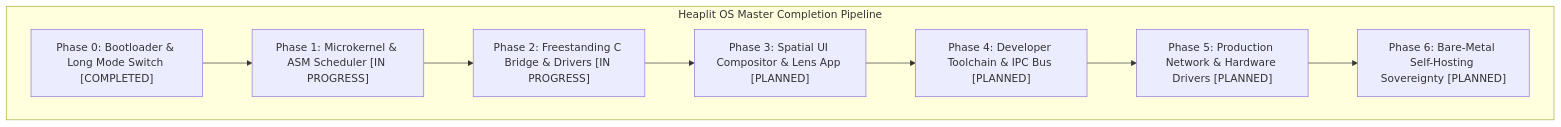
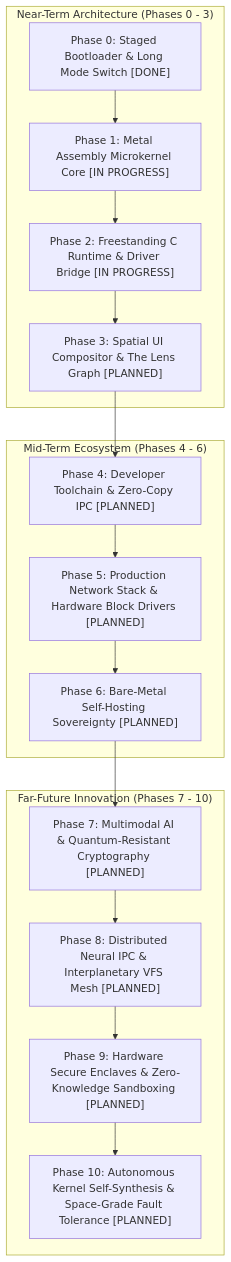
The first of 2 diagrams in obsidian_vault/08 - Master Todo & Execution Checklists/01 - Master Project Completion Roadmap & Meta Checklist.md (Heaplyn/Heaplit-OS), drawn with Mermaid before and after one commit. The commit also changed other lines of this file and 48 other files, not shown here.

Commit message:
docs: expand master todo checklists into multi-page far-future roadmaps (Phases 0 - 10)

````diff
--- a/obsidian_vault/08 - Master Todo & Execution Checklists/01 - Master Project Completion Roadmap & Meta Checklist.md
+++ b/obsidian_vault/08 - Master Todo & Execution Checklists/01 - Master Project Completion Roadmap & Meta Checklist.md
@@ -7,14 +7,24 @@
 ```mermaid
 flowchart TD
-    subgraph Execution_Milestones["Heaplit OS Master Completion Pipeline"]
-        M1["Phase 0: Bootloader & Long Mode Switch [COMPLETED]"]
-        M2["Phase 1: Microkernel & ASM Scheduler [IN PROGRESS]"]
-        M3["Phase 2: Freestanding C Bridge & Drivers [IN PROGRESS]"]
-        M4["Phase 3: Spatial UI Compositor & Lens App [PLANNED]"]
-        M5["Phase 4: Developer Toolchain & IPC Bus [PLANNED]"]
-        M6["Phase 5: Production Network & Hardware Drivers [PLANNED]"]
-        M7["Phase 6: Bare-Metal Self-Hosting Sovereignty [PLANNED]"]
+    subgraph Near_Term["Near-Term Architecture (Phases 0 - 3)"]
+        P0["Phase 0: Staged Bootloader & Long Mode Switch [DONE]"]
+        P1["Phase 1: Metal Assembly Microkernel Core [IN PROGRESS]"]
+        P2["Phase 2: Freestanding C Runtime & Driver Bridge [IN PROGRESS]"]
+        P3["Phase 3: Spatial UI Compositor & The Lens Graph [PLANNED]"]
     end
 
-    M1 --> M2 --> M3 --> M4 --> M5 --> M6 --> M7
+    subgraph Mid_Term["Mid-Term Ecosystem (Phases 4 - 6)"]
+        P4["Phase 4: Developer Toolchain & Zero-Copy IPC [PLANNED]"]
+        P5["Phase 5: Production Network Stack & Hardware Block Drivers [PLANNED]"]
+        P6["Phase 6: Bare-Metal Self-Hosting Sovereignty [PLANNED]"]
+    end
+
+    subgraph Far_Future["Far-Future Innovation (Phases 7 - 10)"]
+        P7["Phase 7: Multimodal AI & Quantum-Resistant Cryptography [PLANNED]"]
+        P8["Phase 8: Distributed Neural IPC & Interplanetary VFS Mesh [PLANNED]"]
+        P9["Phase 9: Hardware Secure Enclaves & Zero-Knowledge Sandboxing [PLANNED]"]
+        P10["Phase 10: Autonomous Kernel Self-Synthesis & Space-Grade Fault Tolerance [PLANNED]"]
+    end
+
+    P0 --> P1 --> P2 --> P3 --> P4 --> P5 --> P6 --> P7 --> P8 --> P9 --> P10
 ```
````
